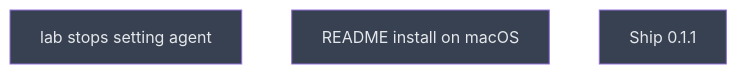
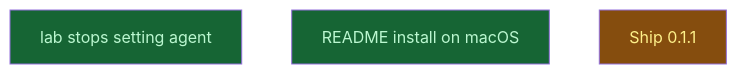
Before and after one commit to CrackingShells/Murmuration: the diagram in __roadmap__/claude_code_release/next/next/next/next/README.md, drawn with Mermaid. The commit also changed other lines of this file and 4 other files, not shown here.

Commit message:
docs(roadmap): close level 4 (lab_pi_choice, readme_install)

````diff
--- a/__roadmap__/claude_code_release/next/next/next/next/README.md
+++ b/__roadmap__/claude_code_release/next/next/next/next/README.md
@@ -16,11 +16,11 @@
 ```mermaid
 graph TD
-    lab_pi_choice[lab stops setting agent]:::planned
-    readme_install[README install on macOS]:::planned
-    next[Ship 0.1.1]:::planned
+    lab_pi_choice[lab stops setting agent]:::done
+    readme_install[README install on macOS]:::done
+    next[Ship 0.1.1]:::inprogress
     classDef done       fill:#166534,color:#bbf7d0
     classDef inprogress fill:#854d0e,color:#fef08a
     classDef planned    fill:#374151,color:#e5e7eb
     classDef amendment  fill:#1e3a5f,color:#bfdbfe
     classDef blocked    fill:#7f1d1d,color:#fecaca
 ```
````
